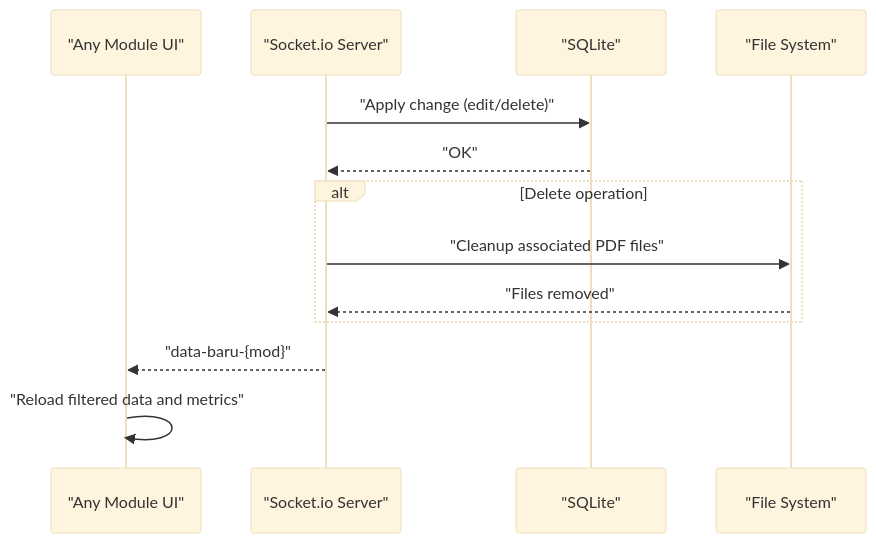
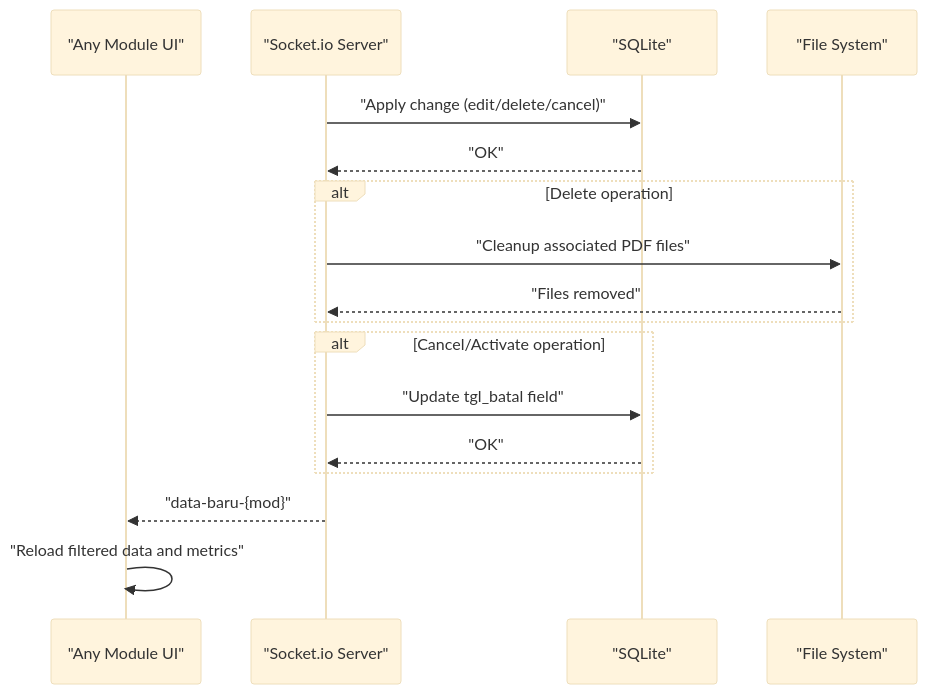
One commit to rendisiagian/TDS_by_RENDISIAGIAN changed the sixth of 8 diagrams in .qoder/repowiki/en/content/Advanced Features/Real-time Processing & Socket.io Integration.md. Above: the diagram before and after it, drawn with Mermaid (base theme). The commit also changed other lines of this file and 38 other files, not shown here.

````diff
--- a/.qoder/repowiki/en/content/Advanced Features/Real-time Processing & Socket.io Integration.md
+++ b/.qoder/repowiki/en/content/Advanced Features/Real-time Processing & Socket.io Integration.md
@@ -202,15 +247,19 @@
 ```mermaid
 sequenceDiagram
 participant Client as "Any Module UI"
 participant Sock as "Socket.io Server"
 participant DB as "SQLite"
 participant FS as "File System"
-Sock->>DB : "Apply change (edit/delete)"
+Sock->>DB : "Apply change (edit/delete/cancel)"
 DB-->>Sock : "OK"
 alt Delete operation
 Sock->>FS : "Cleanup associated PDF files"
 FS-->>Sock : "Files removed"
 end
+alt Cancel/Activate operation
+Sock->>DB : "Update tgl_batal field"
+DB-->>Sock : "OK"
+end
 Sock-->>Client : "data-baru-{mod}"
 Client->>Client : "Reload filtered data and metrics"
 ```
````
